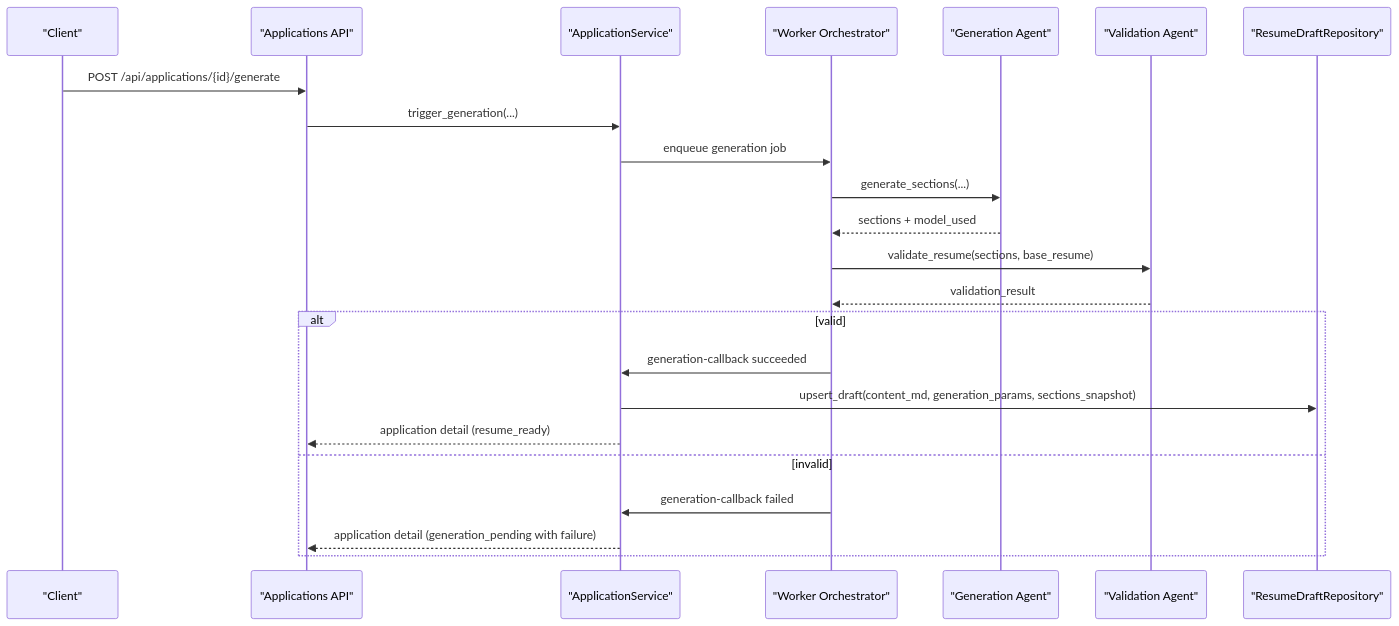
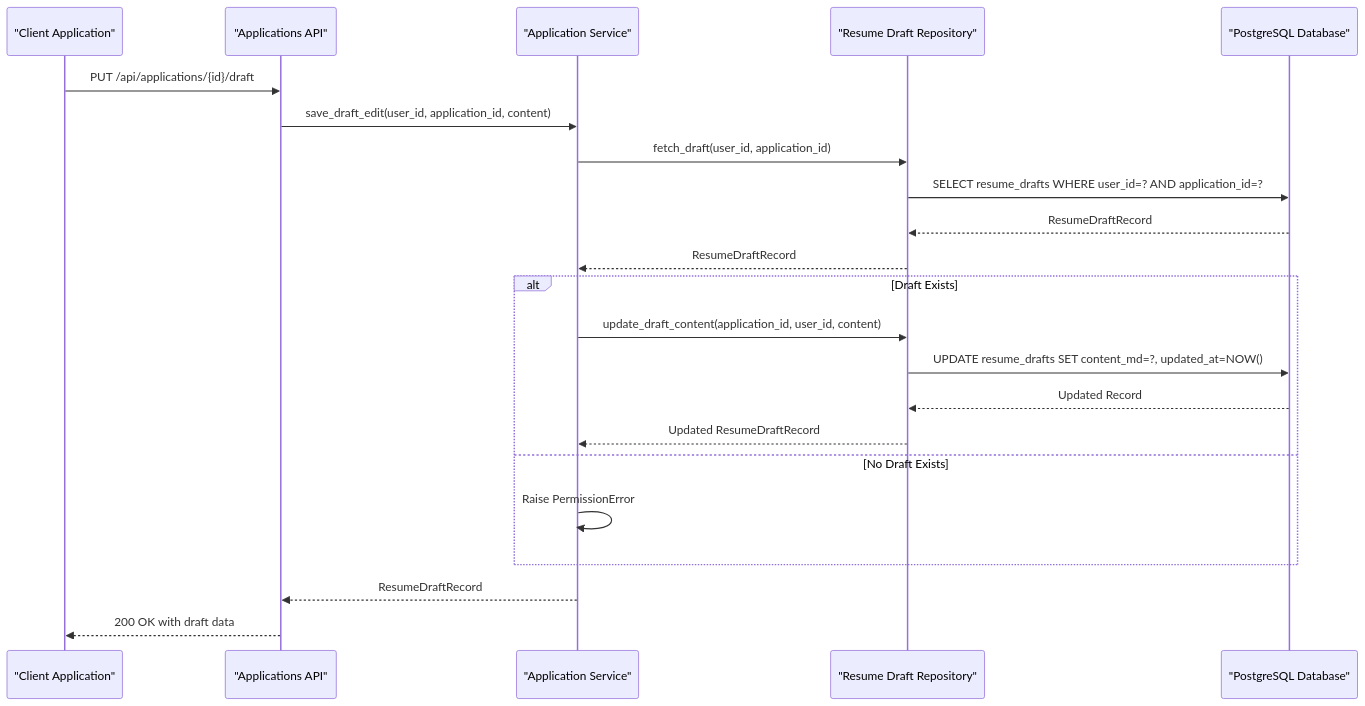
One commit to sankaL/resume-app changed the fourth of 8 diagrams in .qoder/repowiki/en/content/Backend API/Database Models/Resume Draft Model.md. Above: the diagram before and after it, drawn with Mermaid. The commit also changed other lines of this file and 19 other files, not shown here.

````diff
--- a/.qoder/repowiki/en/content/Backend API/Database Models/Resume Draft Model.md
+++ b/.qoder/repowiki/en/content/Backend API/Database Models/Resume Draft Model.md
@@ -147,25 +453,24 @@
 ```mermaid
 sequenceDiagram
-participant Client as "Client"
+participant Client as "Client Application"
 participant API as "Applications API"
-participant Service as "ApplicationService"
-participant Worker as "Worker Orchestrator"
-participant Gen as "Generation Agent"
-participant Val as "Validation Agent"
-participant Repo as "ResumeDraftRepository"
-Client->>API : POST /api/applications/{id}/generate
-API->>Service : trigger_generation(...)
-Service->>Worker : enqueue generation job
-Worker->>Gen : generate_sections(...)
-Gen-->>Worker : sections + model_used
-Worker->>Val : validate_resume(sections, base_resume)
-Val-->>Worker : validation_result
-alt valid
-Worker->>Service : generation-callback succeeded
-Service->>Repo : upsert_draft(content_md, generation_params, sections_snapshot)
-Service-->>API : application detail (resume_ready)
-else invalid
-Worker->>Service : generation-callback failed
-Service-->>API : application detail (generation_pending with failure)
+participant Service as "Application Service"
+participant Repo as "Resume Draft Repository"
+participant DB as "PostgreSQL Database"
+Client->>API : PUT /api/applications/{id}/draft
+API->>Service : save_draft_edit(user_id, application_id, content)
+Service->>Repo : fetch_draft(user_id, application_id)
+Repo->>DB : SELECT resume_drafts WHERE user_id=? AND application_id=?
+DB-->>Repo : ResumeDraftRecord
+Repo-->>Service : ResumeDraftRecord
+alt Draft Exists
+Service->>Repo : update_draft_content(application_id, user_id, content)
+Repo->>DB : UPDATE resume_drafts SET content_md=?, updated_at=NOW()
+DB-->>Repo : Updated Record
+Repo-->>Service : Updated ResumeDraftRecord
+else No Draft Exists
+Service->>Service : Raise PermissionError
 end
+Service-->>API : ResumeDraftRecord
+API-->>Client : 200 OK with draft data
 ```
````
